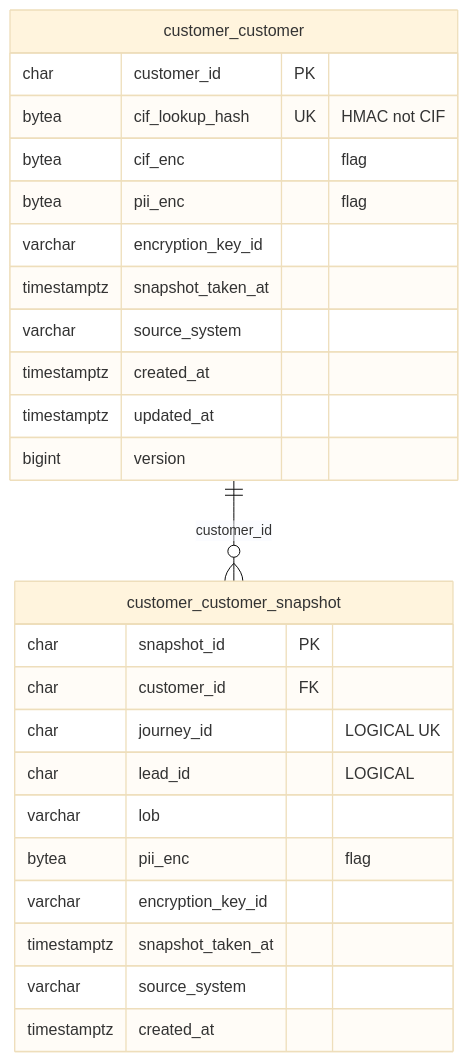
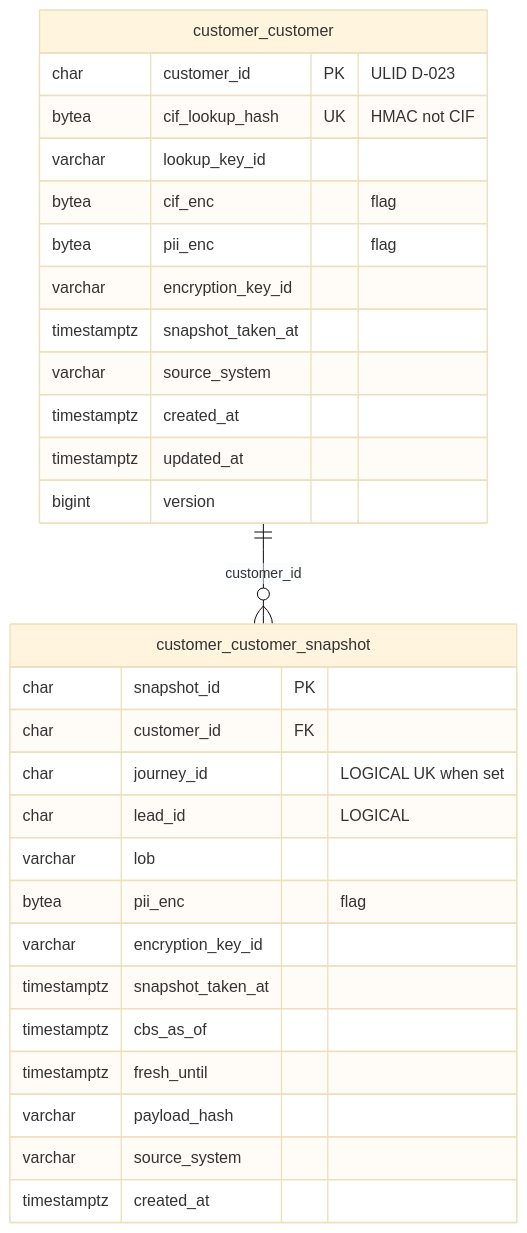
The fourth of 14 diagrams in docs/platform/data-architecture/05-e2e-er-and-field-map.md (Mahesh38/bank-insurance-platform), drawn with Mermaid (base theme) before and after one commit. The commit also changed other lines of this file and 348 other files, not shown here.

````diff
--- a/docs/platform/data-architecture/05-e2e-er-and-field-map.md
+++ b/docs/platform/data-architecture/05-e2e-er-and-field-map.md
@@ -459,28 +481,32 @@
 ```mermaid
 erDiagram
     customer_customer {
-        char customer_id PK
+        char customer_id PK "ULID D-023"
         bytea cif_lookup_hash UK "HMAC not CIF"
+        varchar lookup_key_id
         bytea cif_enc "flag"
         bytea pii_enc "flag"
         varchar encryption_key_id
         timestamptz snapshot_taken_at
         varchar source_system
         timestamptz created_at
         timestamptz updated_at
         bigint version
     }
     customer_customer_snapshot {
         char snapshot_id PK
         char customer_id FK
-        char journey_id "LOGICAL UK"
+        char journey_id "LOGICAL UK when set"
         char lead_id "LOGICAL"
         varchar lob
         bytea pii_enc "flag"
         varchar encryption_key_id
         timestamptz snapshot_taken_at
+        timestamptz cbs_as_of
+        timestamptz fresh_until
+        varchar payload_hash
         varchar source_system
         timestamptz created_at
     }
     customer_customer ||--o{ customer_customer_snapshot : "customer_id"
 ```
````
